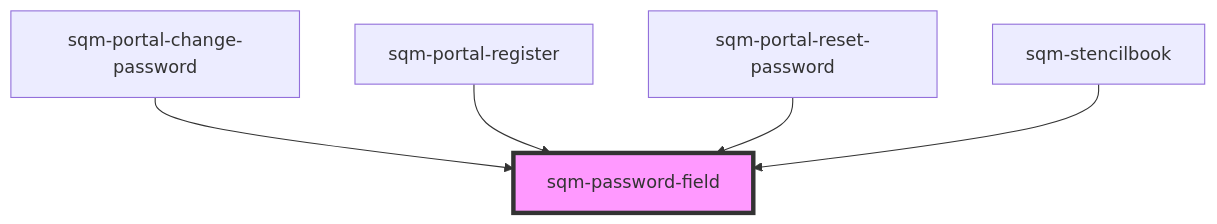
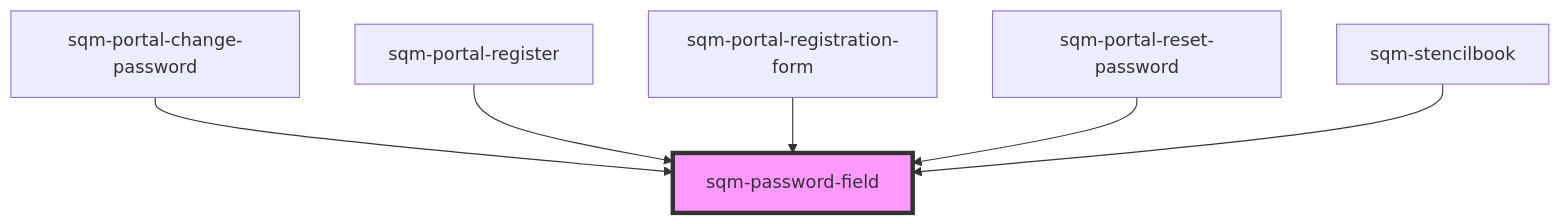
Before and after one commit to saasquatch/program-tools: the diagram in packages/mint-components/src/components/sqm-password-field/readme.md, drawn with Mermaid. The commit also changed other lines of this file and 10 other files, not shown here.

Commit message:
IH: add sqm-portal-registration-form; 1.6.2-0

````diff
--- a/packages/mint-components/src/components/sqm-password-field/readme.md
+++ b/packages/mint-components/src/components/sqm-password-field/readme.md
@@ -27,8 +28,9 @@
 ```mermaid
 graph TD;
   sqm-portal-change-password --> sqm-password-field
   sqm-portal-register --> sqm-password-field
+  sqm-portal-registration-form --> sqm-password-field
   sqm-portal-reset-password --> sqm-password-field
   sqm-stencilbook --> sqm-password-field
   style sqm-password-field fill:#f9f,stroke:#333,stroke-width:4px
 ```
````
